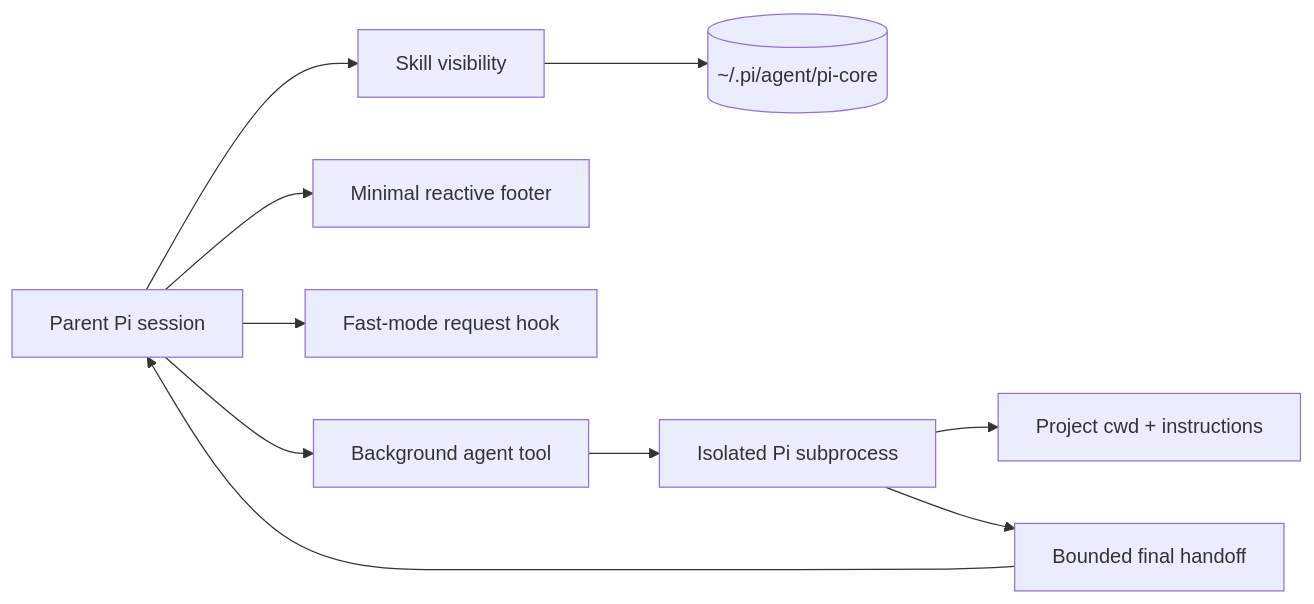
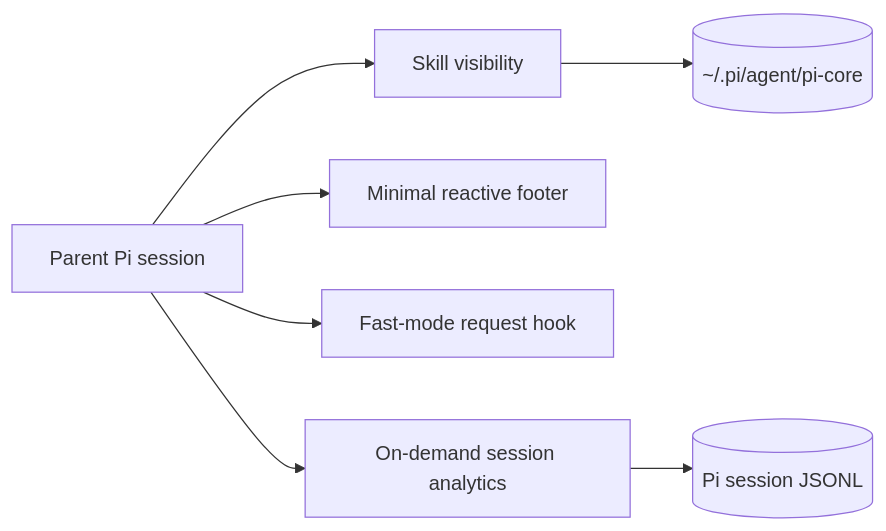
One commit to enzodevs/pi-core changed the diagram in README.md. Above: the diagram before and after it, drawn with Mermaid. The commit also changed other lines of this file and 22 other files, not shown here.

Commit message:
feat: add session analytics skill

````diff
--- a/README.md
+++ b/README.md
@@ -280,12 +238,9 @@
 ```mermaid
 flowchart LR
     Pi[Parent Pi session] --> Skills[Skill visibility]
     Pi --> Footer[Minimal reactive footer]
     Pi --> Fast[Fast-mode request hook]
-    Pi --> Agent[Background agent tool]
+    Pi --> Analytics[On-demand session analytics]
     Skills --> Store[(~/.pi/agent/pi-core)]
-    Agent --> Child[Isolated Pi subprocess]
-    Child --> Project[Project cwd + instructions]
-    Child --> Handoff[Bounded final handoff]
-    Handoff --> Pi
+    Analytics --> Sessions[(Pi session JSONL)]
 ```
````
